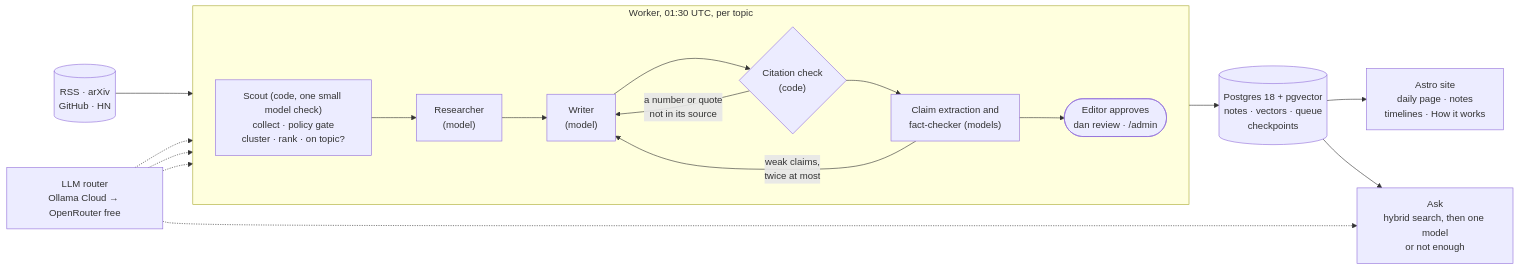
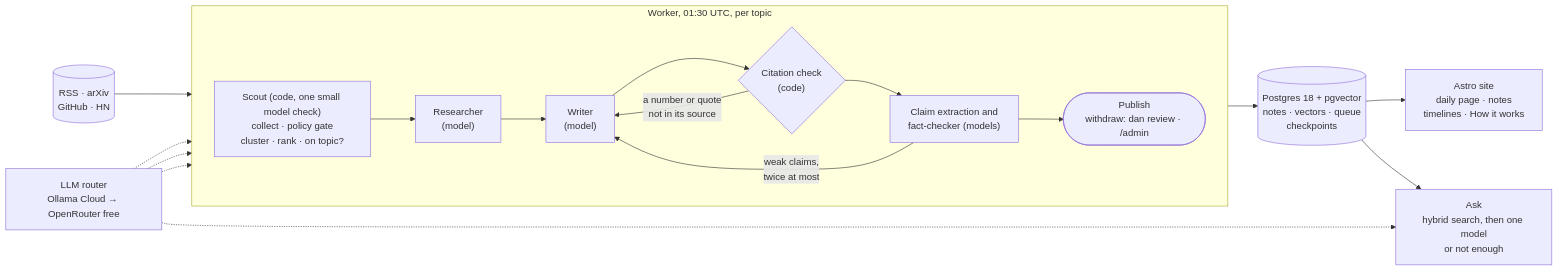
Before and after one commit to erentnr/dailyainotes: the diagram in README.md, drawn with Mermaid. The commit also changed other lines of this file and 11 other files, not shown here.

First line of the commit message:
Say on the site that notes publish after the checks (ADR 0008)

````diff
--- a/README.md
+++ b/README.md
@@ -23,18 +23,18 @@
 ```mermaid
 flowchart LR
     subgraph nightly["Worker, 01:30 UTC, per topic"]
         direction LR
         scout["Scout (code, one small model check)<br/>collect · policy gate<br/>cluster · rank · on topic?"] --> research["Researcher<br/>(model)"]
         research --> writer["Writer<br/>(model)"]
         writer --> cite{"Citation check<br/>(code)"}
         cite -- "a number or quote<br/>not in its source" --> writer
         cite --> verify["Claim extraction and<br/>fact-checker (models)"]
         verify -- "weak claims,<br/>twice at most" --> writer
-        verify --> review(["Editor approves<br/>dan review · /admin"])
+        verify --> publish(["Publish<br/>withdraw: dan review · /admin"])
     end
     sources[("RSS · arXiv<br/>GitHub · HN")] --> scout
-    review --> pg[("Postgres 18 + pgvector<br/>notes · vectors · queue<br/>checkpoints")]
+    publish --> pg[("Postgres 18 + pgvector<br/>notes · vectors · queue<br/>checkpoints")]
     pg --> site["Astro site<br/>daily page · notes<br/>timelines · How it works"]
     pg --> ask["Ask<br/>hybrid search, then one model<br/>or not enough"]
     router["LLM router<br/>Ollama Cloud → OpenRouter free"] -.-> research & writer & verify & ask
 ```
````
